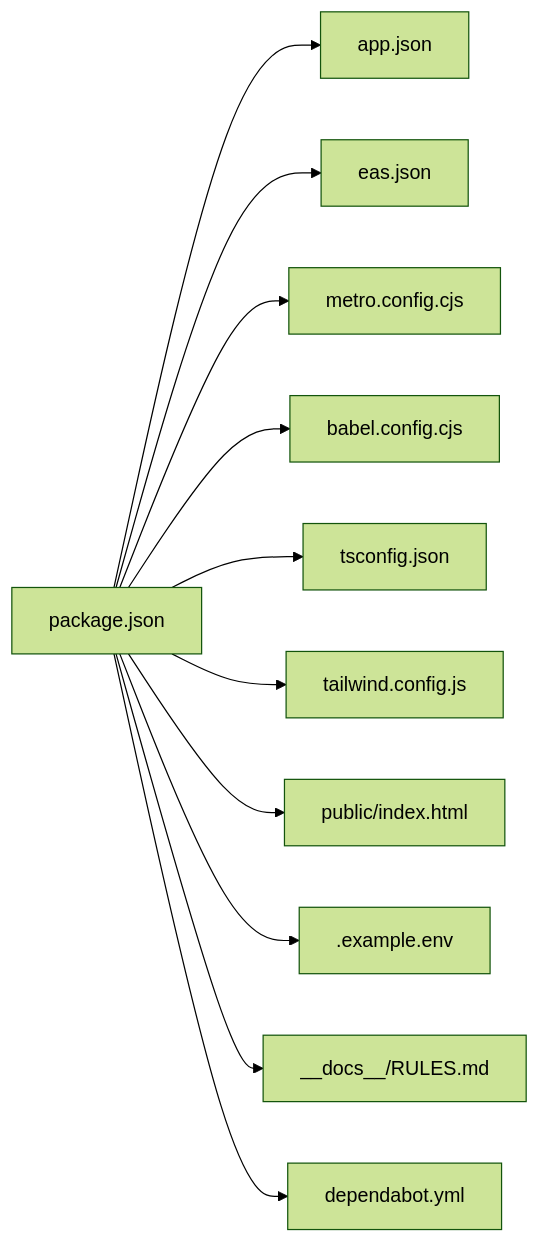
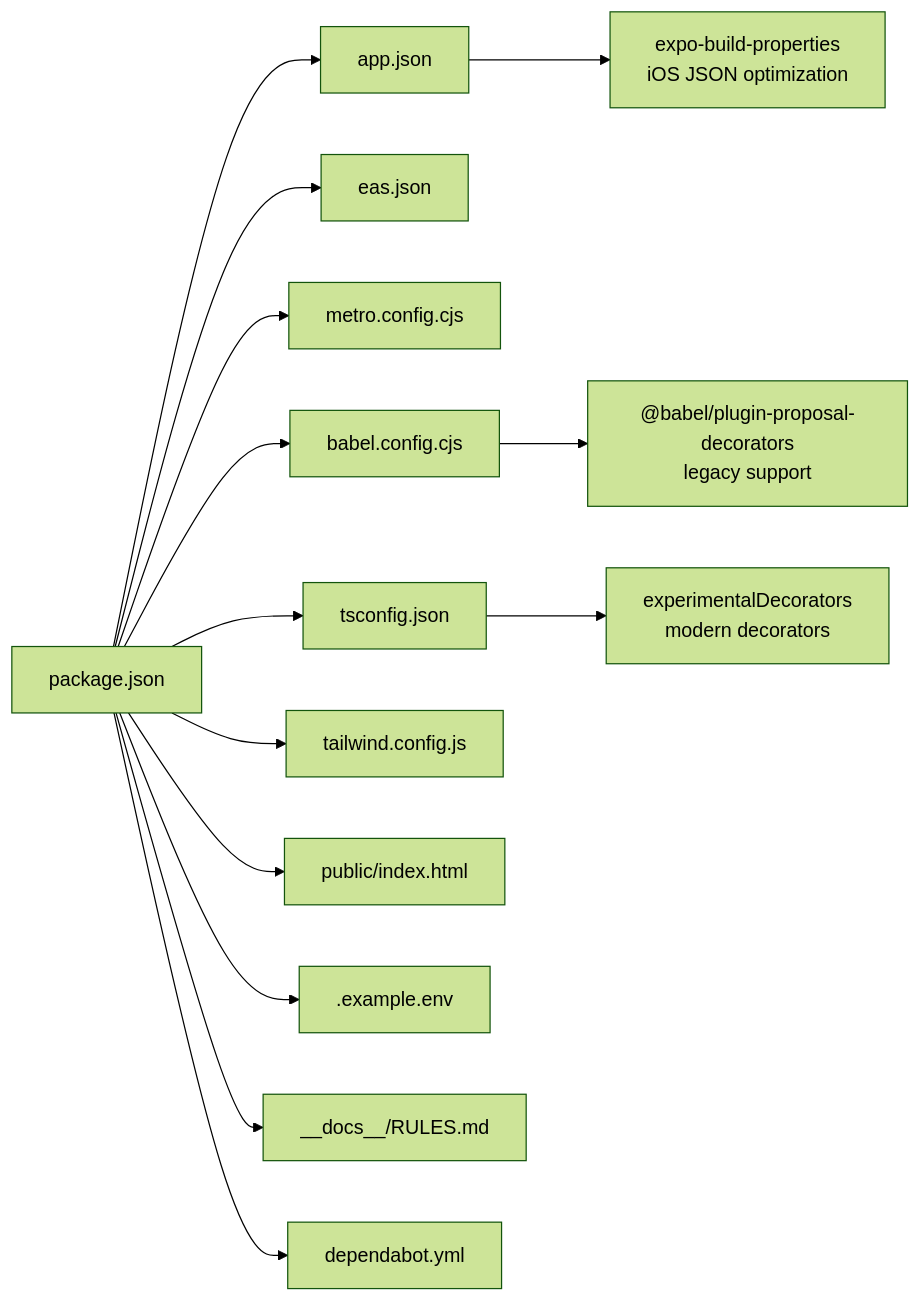
One commit to karllasouzza/PowerLists changed the sixth of 6 diagrams in .qoder/repowiki/en/content/Build and Deployment.md. Above: the diagram before and after it, drawn with Mermaid (forest theme). The commit also changed other lines of this file and 5 other files, not shown here.

First line of the commit message:
docs(build): update build config with iOS JSON optimization and decorators

````diff
--- a/.qoder/repowiki/en/content/Build and Deployment.md
+++ b/.qoder/repowiki/en/content/Build and Deployment.md
@@ -324,13 +350,16 @@
 ```mermaid
 graph LR
 P["package.json"] --> A["app.json"]
 P --> E["eas.json"]
 P --> M["metro.config.cjs"]
 P --> B["babel.config.cjs"]
 P --> T["tsconfig.json"]
 P --> W["tailwind.config.js"]
 P --> H["public/index.html"]
 P --> Env[".example.env"]
 P --> Docs["__docs__/RULES.md"]
 P --> Dep["dependabot.yml"]
+A --> EP["expo-build-properties<br/>iOS JSON optimization"]
+B --> LD["@babel/plugin-proposal-decorators<br/>legacy support"]
+T --> ED["experimentalDecorators<br/>modern decorators"]
 ```
````
